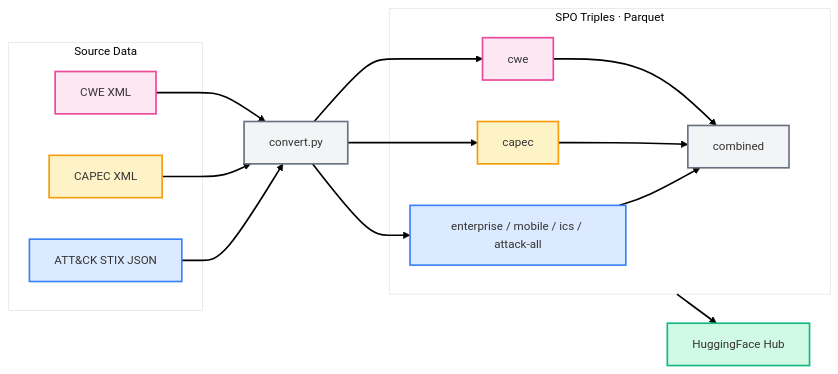
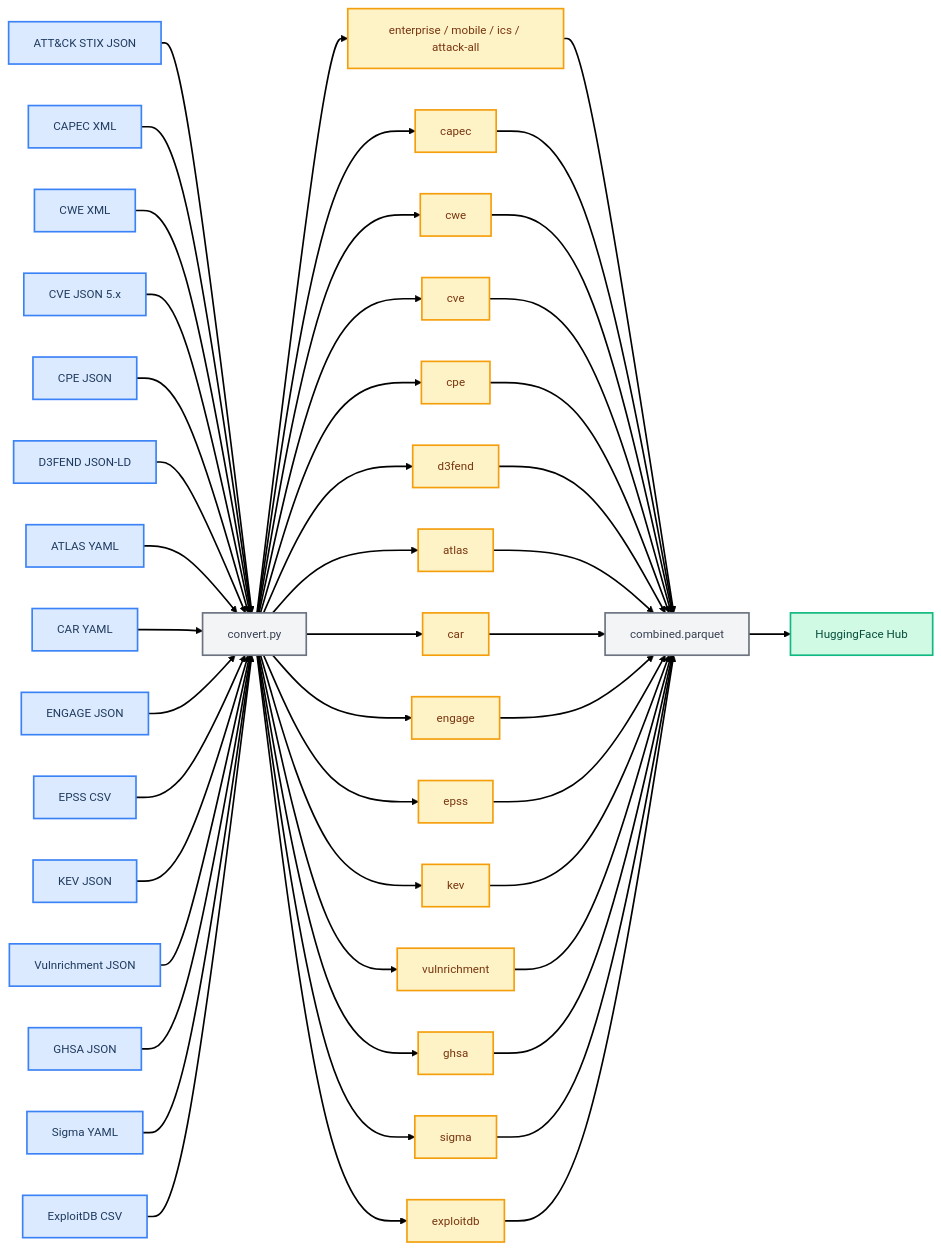
Before and after one commit to S0UGATA/mitre-attack-kg: the first of 2 diagrams in README.md, drawn with Mermaid. The commit also changed other lines of this file and 39 other files, not shown here.

Commit message:
Refactor converters and enhance dataset handling; add support for EPSS, KEV, and ExploitDB

````diff
--- a/README.md
+++ b/README.md
@@ -13,34 +15,46 @@
 ```mermaid
 ---
 config:
   layout: dagre
   theme: neo
 ---
 flowchart LR
- subgraph src["Source Data"]
-        STIX["ATT&CK STIX JSON"]
-        CXML["CAPEC XML"]
-        WXML["CWE XML"]
-  end
- subgraph out["SPO Triples · Parquet"]
-        ATK["enterprise / mobile / ics / attack-all"]
-        CAP["capec"]
-        CW["cwe"]
-        CMB["combined"]
-  end
-    STIX --> CONV["convert.py"]
-    CXML --> CONV
-    WXML --> CONV
-    CONV --> ATK & CAP & CW --> CMB
-    out --> HF["HuggingFace Hub"]
+    STIX["ATT&CK STIX JSON"]:::src --> CONV["convert.py"]:::conv
+    CXML["CAPEC XML"]:::src --> CONV
+    WXML["CWE XML"]:::src --> CONV
+    CVEJ["CVE JSON 5.x"]:::src --> CONV
+    CPEJ["CPE JSON"]:::src --> CONV
+    D3FJ["D3FEND JSON-LD"]:::src --> CONV
+    ATLY["ATLAS YAML"]:::src --> CONV
+    CARY["CAR YAML"]:::src --> CONV
+    ENGJ["ENGAGE JSON"]:::src --> CONV
+    EPSC["EPSS CSV"]:::src --> CONV
+    KEVJ["KEV JSON"]:::src --> CONV
+    VULJ["Vulnrichment JSON"]:::src --> CONV
+    GHSJ["GHSA JSON"]:::src --> CONV
+    SIGY["Sigma YAML"]:::src --> CONV
+    EDBC["ExploitDB CSV"]:::src --> CONV
 
-    style STIX fill:#dbeafe,stroke:#3b82f6
-    style CXML fill:#fef3c7,stroke:#f59e0b
-    style WXML fill:#fce7f3,stroke:#ec4899
-    style CONV fill:#f3f4f6,stroke:#6b7280
-    style ATK fill:#dbeafe,stroke:#3b82f6
-    style CAP fill:#fef3c7,stroke:#f59e0b
-    style CW fill:#fce7f3,stroke:#ec4899
-    style CMB fill:#f3f4f6,stroke:#6b7280
-    style HF fill:#d1fae5,stroke:#10b981
+    CONV --> ATK["enterprise / mobile / ics / attack-all"]:::out --> CMB["combined.parquet"]:::conv
+    CONV --> CAP["capec"]:::out --> CMB
+    CONV --> CW["cwe"]:::out --> CMB
+    CONV --> CVE["cve"]:::out --> CMB
+    CONV --> CPE["cpe"]:::out --> CMB
+    CONV --> D3F["d3fend"]:::out --> CMB
+    CONV --> ATL["atlas"]:::out --> CMB
+    CONV --> CAR["car"]:::out --> CMB
+    CONV --> ENG["engage"]:::out --> CMB
+    CONV --> EPS["epss"]:::out --> CMB
+    CONV --> KEV["kev"]:::out --> CMB
+    CONV --> VUL["vulnrichment"]:::out --> CMB
+    CONV --> GHS["ghsa"]:::out --> CMB
+    CONV --> SIG["sigma"]:::out --> CMB
+    CONV --> EDB["exploitdb"]:::out --> CMB
+
+    CMB --> HF["HuggingFace Hub"]:::hf
+
+    classDef src fill:#dbeafe,stroke:#3b82f6,color:#1e3a5f
+    classDef conv fill:#f3f4f6,stroke:#6b7280,color:#374151
+    classDef out fill:#fef3c7,stroke:#f59e0b,color:#78350f
+    classDef hf fill:#d1fae5,stroke:#10b981,color:#064e3b
 ```
````
